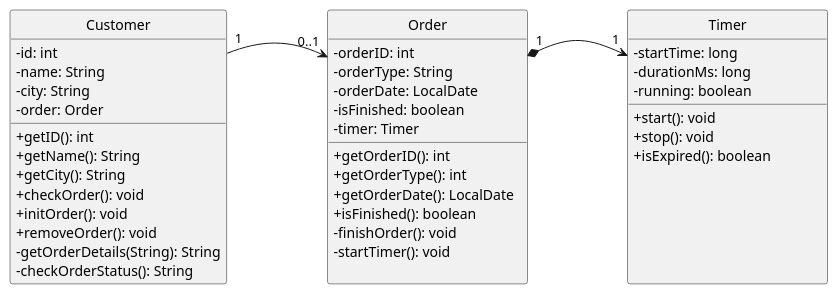
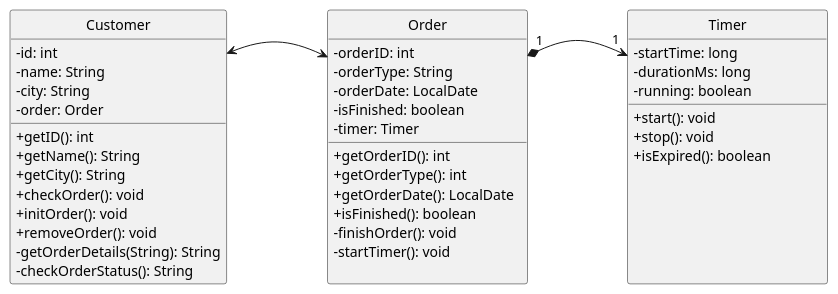
One commit to 03-ComCave-FUEM-I/02_Design_Patterns changed the diagram in com/cc/java/assoziation/_assoziation.puml. Above: the diagram before and after it, drawn with PlantUML. The commit also changed 2 other files, not shown here.

```diff
--- a/com/cc/java/assoziation/_assoziation.puml
+++ b/com/cc/java/assoziation/_assoziation.puml
@@ -1,72 +1,72 @@
 @startuml assoziation
 
 skinparam {
     classAttributeIconSize 0
     style strictuml
     minClassWidth 200
     nodesep 100
 }
 
 
 ' ========================================================
 ' KLASSEN
 ' ========================================================
 class Customer {
     - id: int
     - name: String
     - city: String
     - order: Order
     + getID(): int
     + getName(): String
     + getCity(): String
     + checkOrder(): void
     + initOrder(): void
     + removeOrder(): void
     - getOrderDetails(String): String
     - checkOrderStatus(): String
 }
 
 class Order {
     - orderID: int
     - orderType: String
     - orderDate: LocalDate
     - isFinished: boolean
     - timer: Timer
     + getOrderID(): int
     + getOrderType(): int
     + getOrderDate(): LocalDate
     + isFinished(): boolean
     - finishOrder(): void
     - startTimer(): void
     {method} <color:transparent>_</color>
 }
 
 class Timer {
     - startTime: long
     - durationMs: long
     - running: boolean
     + start(): void
     + stop(): void
     + isExpired(): boolean
     {method} <color:transparent>_</color>
     {method} <color:transparent>_</color>
     {method} <color:transparent>_</color>
     {method} <color:transparent>_</color>
     {method} <color:transparent>_</color>
     {method} <color:transparent>_</color>
 }
 
 ' ========================================================
 ' LAYOUT & BEZIEHUNGEN
 ' ========================================================
 ' Horizontale Anordnung der Klassen nebeneinander:
 Customer -[hidden]right- Order
 Order -[hidden]right- Timer
 
-' 1. Gerichtete Assoziation: Customer kennt Order
-Customer "1" --> "0..1" Order 
+' 1. Bidirektional Assoziation: beide kennen sich
+Customer <-->  Order 
 
 ' 2. Komposition: Order steuert und besitzt seinen internen Timer
 Order "1" *--> "1" Timer 
 
 @enduml
```
